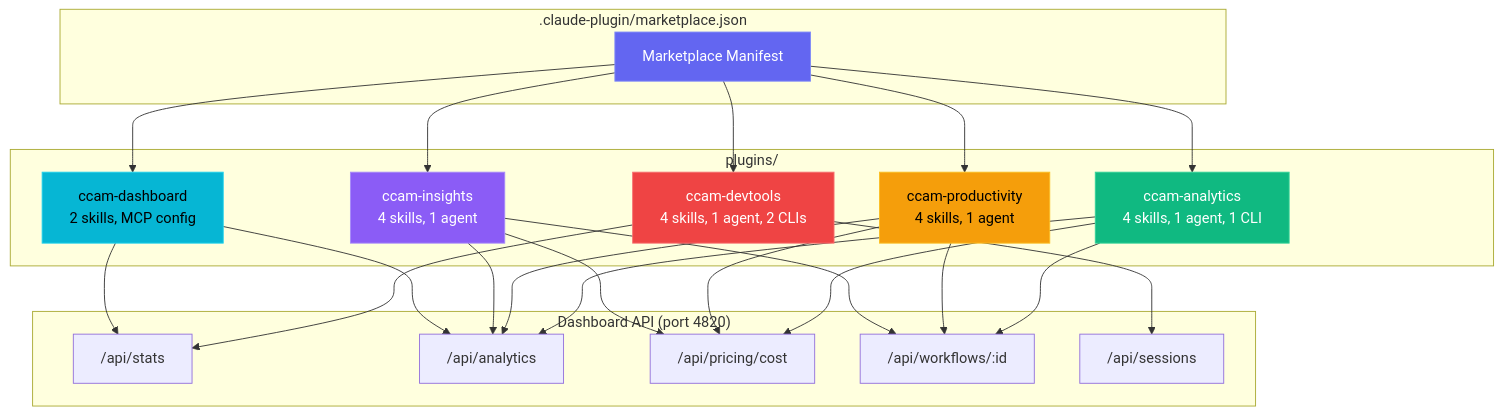
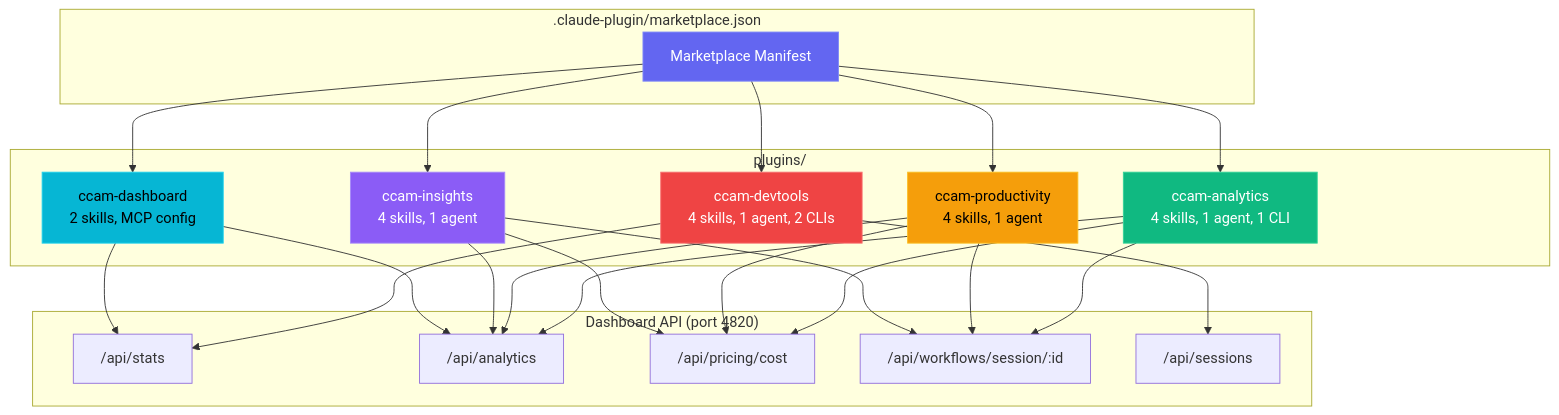
Diagram 17 of 30 in ARCHITECTURE.md (txj36/Claude-Code-Agent-Monitor), drawn with Mermaid before and after one commit. The commit also changed other lines of this file and 110 other files, not shown here.

````diff
--- a/ARCHITECTURE.md
+++ b/ARCHITECTURE.md
@@ -829,34 +853,34 @@
 ```mermaid
 graph TD
     subgraph Marketplace[".claude-plugin/marketplace.json"]
         M["Marketplace Manifest"]
     end
 
     subgraph Plugins["plugins/"]
         A["ccam-analytics<br/>4 skills, 1 agent, 1 CLI"]
         P["ccam-productivity<br/>4 skills, 1 agent"]
         D["ccam-devtools<br/>4 skills, 1 agent, 2 CLIs"]
         I["ccam-insights<br/>4 skills, 1 agent"]
         C["ccam-dashboard<br/>2 skills, MCP config"]
     end
 
     subgraph API["Dashboard API (port 4820)"]
         STATS["/api/stats"]
         ANALYTICS["/api/analytics"]
         PRICING["/api/pricing/cost"]
-        WORKFLOWS["/api/workflows/:id"]
+        WORKFLOWS["/api/workflows/session/:id"]
         SESSIONS["/api/sessions"]
     end
 
     M --> A & P & D & I & C
     A & P & I --> ANALYTICS & PRICING & WORKFLOWS
     D --> STATS & SESSIONS
     C --> STATS & ANALYTICS
 
     style M fill:#6366f1,stroke:#818cf8,color:#fff
     style A fill:#10b981,stroke:#34d399,color:#fff
     style P fill:#f59e0b,stroke:#fbbf24,color:#000
     style D fill:#ef4444,stroke:#f87171,color:#fff
     style I fill:#8b5cf6,stroke:#a78bfa,color:#fff
     style C fill:#06b6d4,stroke:#22d3ee,color:#000
 ```
````
